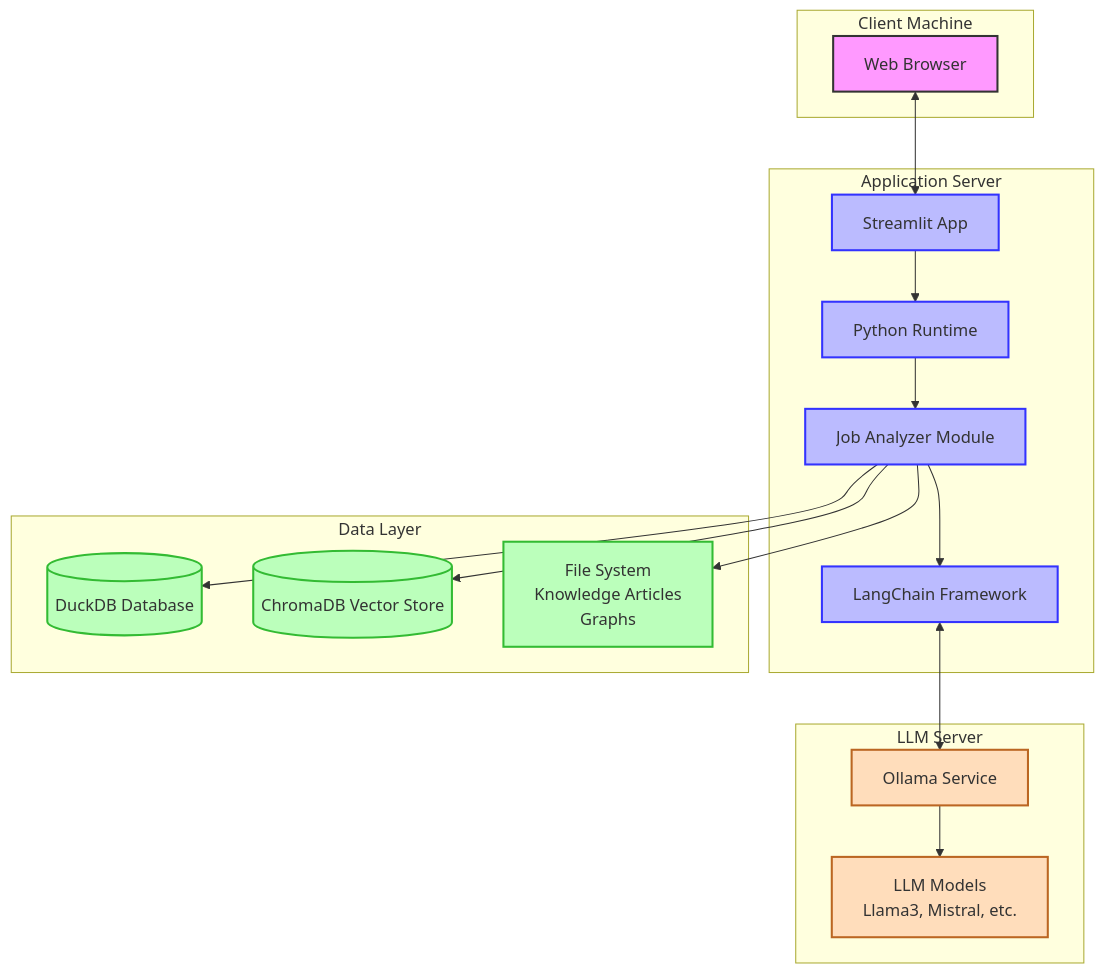
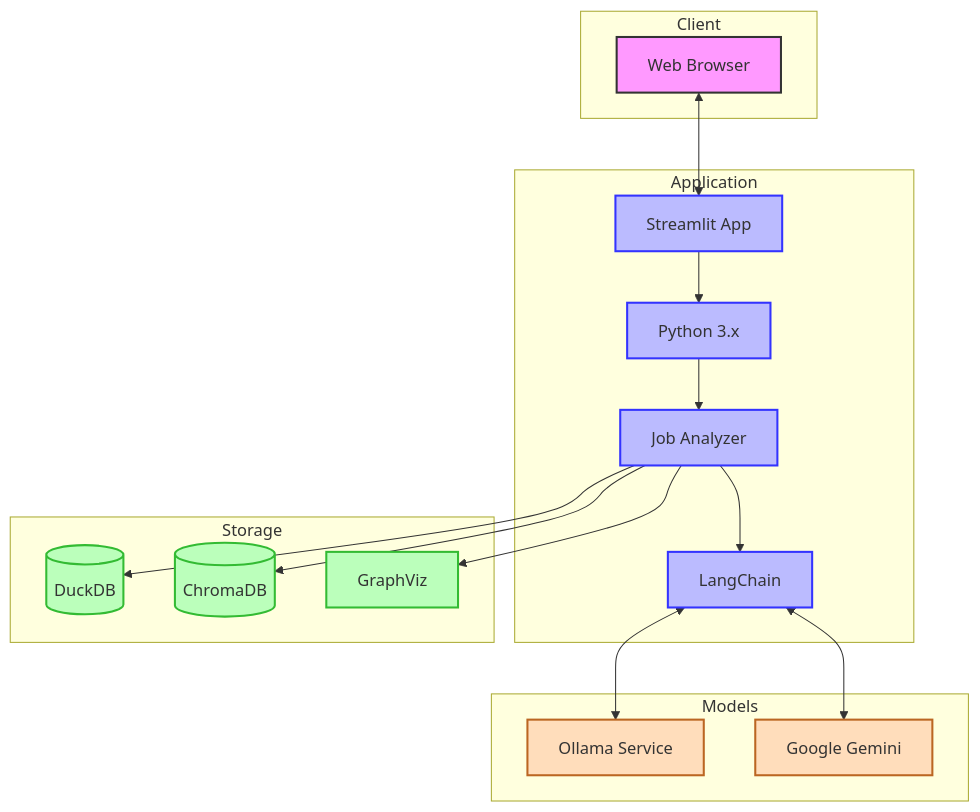
One commit to aviVzm05/dependency_analysis changed the diagram in assets/diagrams/deployment_diagram.mmd. Above: the diagram before and after it, drawn with Mermaid. The commit also changed 6 other files, not shown here.

Commit message:
Update diagrams and README for enhanced clarity and functionality

```diff
--- a/assets/diagrams/deployment_diagram.mmd
+++ b/assets/diagrams/deployment_diagram.mmd
@@ -1,44 +1,44 @@
 flowchart TD
-    subgraph Client Machine
+    subgraph Client
         Browser[Web Browser]
     end
     
-    subgraph Application Server
-        WebApp[Streamlit App]
-        PythonRuntime[Python Runtime]
-        JobAnalyzer[Job Analyzer Module]
-        LangChain[LangChain Framework]
+    subgraph Application
+        Streamlit[Streamlit App]
+        Python[Python 3.x]
+        JobAnalyzer[Job Analyzer]
+        LangChain[LangChain]
     end
     
-    subgraph Data Layer
-        DuckDB[(DuckDB Database)]
-        ChromaDB[(ChromaDB Vector Store)]
-        FileSystem[File System\nKnowledge Articles\nGraphs]
+    subgraph Storage
+        DuckDB[(DuckDB)]
+        ChromaDB[(ChromaDB)]
+        GraphViz[GraphViz]
     end
     
-    subgraph LLM Server
+    subgraph Models
         Ollama[Ollama Service]
-        LLMModels[LLM Models\nLlama3, Mistral, etc.]
+        Gemini[Google Gemini]
     end
     
-    Browser <--> WebApp
-    WebApp --> PythonRuntime
-    PythonRuntime --> JobAnalyzer
+    Browser <--> Streamlit
+    Streamlit --> Python
+    Python --> JobAnalyzer
     JobAnalyzer --> LangChain
     
     JobAnalyzer --> DuckDB
     JobAnalyzer --> ChromaDB
-    JobAnalyzer --> FileSystem
+    JobAnalyzer --> GraphViz
     
     LangChain <--> Ollama
-    Ollama --> LLMModels
+    LangChain <--> Gemini
     
     classDef client fill:#f9f,stroke:#333,stroke-width:2px;
     classDef app fill:#bbf,stroke:#33f,stroke-width:2px;
-    classDef data fill:#bfb,stroke:#3b3,stroke-width:2px;
-    classDef llm fill:#fdb,stroke:#b62,stroke-width:2px;
+    classDef storage fill:#bfb,stroke:#3b3,stroke-width:2px;
+    classDef models fill:#fdb,stroke:#b62,stroke-width:2px;
     
     class Browser client;
-    class WebApp,PythonRuntime,JobAnalyzer,LangChain app;
-    class DuckDB,ChromaDB,FileSystem data;
-    class Ollama,LLMModels llm;
+    class Streamlit,Python,JobAnalyzer,LangChain app;
+    class DuckDB,ChromaDB,GraphViz storage;
+    class Ollama,Gemini models;
```
